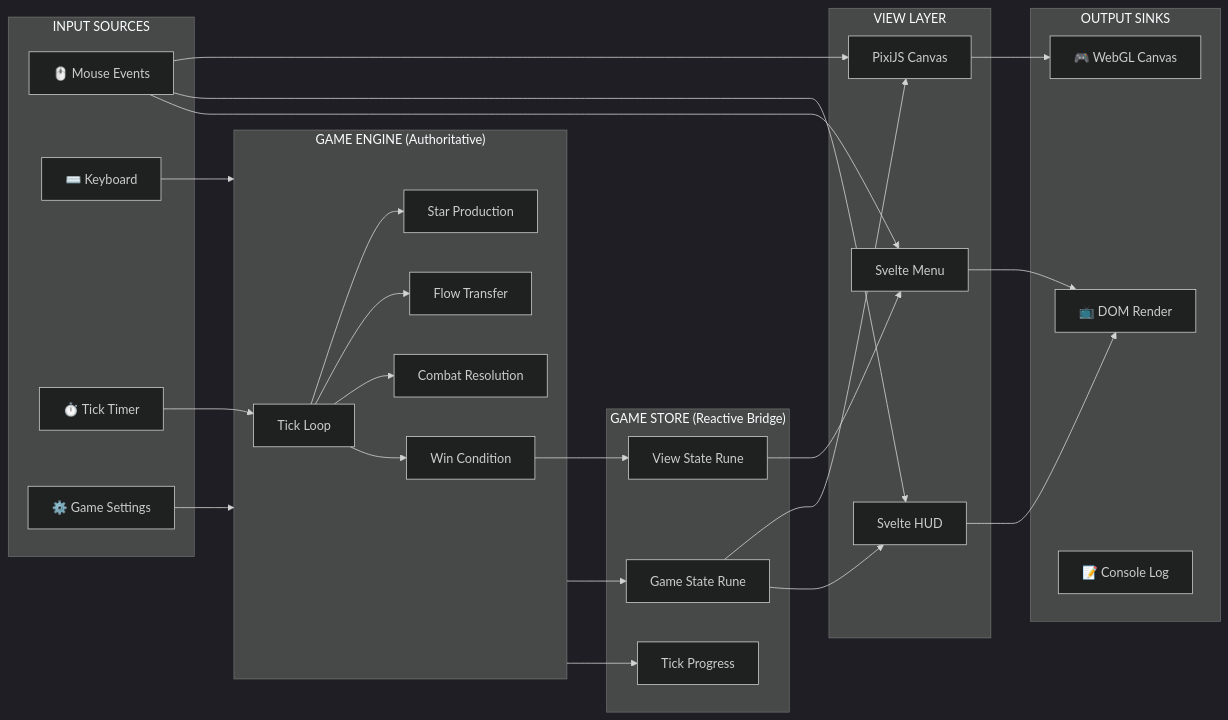
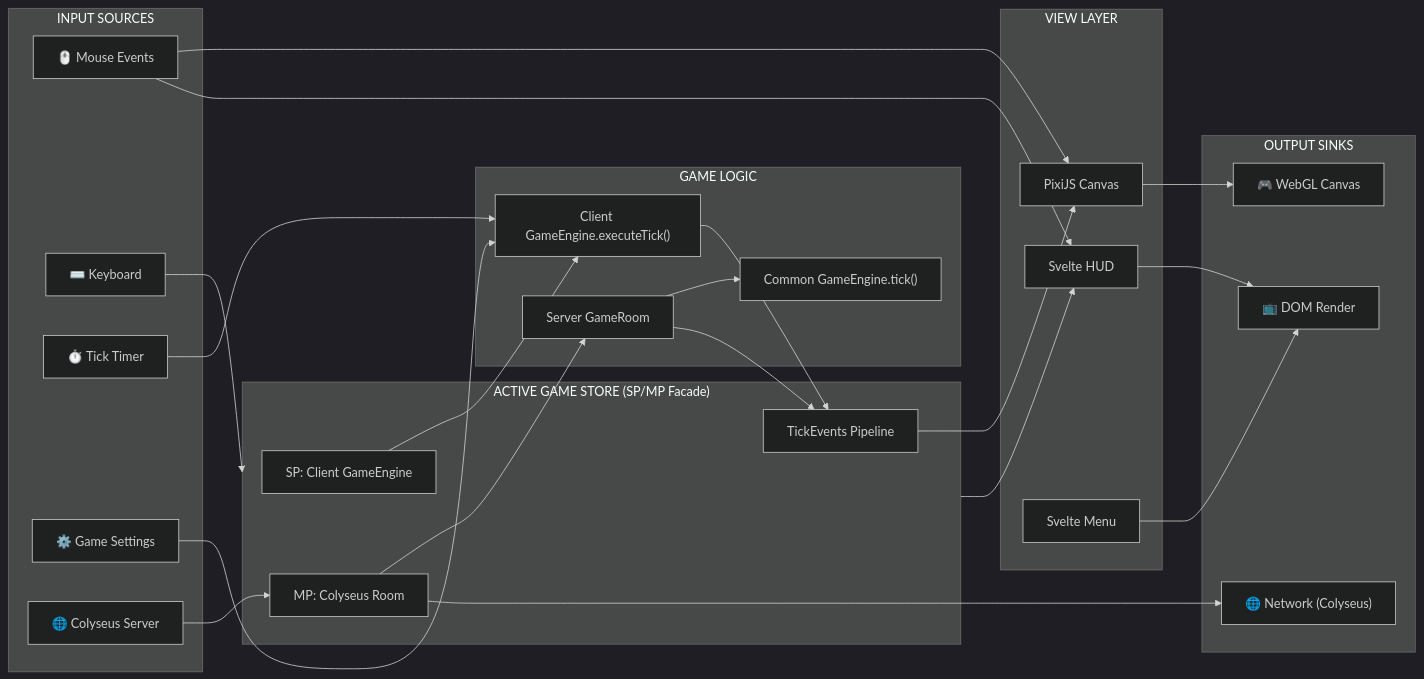
The diagram in .atlas/02_IO_REGISTRY.md (mikepeiman/pax-fluxia), drawn with Mermaid (dark theme) before and after one commit. The commit also changed other lines of this file and 2 other files, not shown here.

Commit message:
docs: complete Atlas update  IO_REGISTRY, EVENT_MATRIX, combat formula verified unified

````diff
--- a/.atlas/02_IO_REGISTRY.md
+++ b/.atlas/02_IO_REGISTRY.md
@@ -10,64 +10,61 @@
 ```mermaid
 flowchart LR
     subgraph Sources["INPUT SOURCES"]
         Mouse["🖱️ Mouse Events"]
         Keyboard["⌨️ Keyboard"]
         Timer["⏱️ Tick Timer"]
         Settings["⚙️ Game Settings"]
+        Colyseus["🌐 Colyseus Server"]
     end
 
-    subgraph Engine["GAME ENGINE (Authoritative)"]
-        TickLoop["Tick Loop"]
-        StarLogic["Star Production"]
-        FlowLogic["Flow Transfer"]
-        CombatLogic["Combat Resolution"]
-        WinCheck["Win Condition"]
+    subgraph Facade["ACTIVE GAME STORE (SP/MP Facade)"]
+        SPBranch["SP: Client GameEngine"]
+        MPBranch["MP: Colyseus Room"]
+        TickEvents["TickEvents Pipeline"]
     end
 
-    subgraph Store["GAME STORE (Reactive Bridge)"]
-        GameState["Game State Rune"]
-        ViewState["View State Rune"]
-        TickProgress["Tick Progress"]
+    subgraph Engine["GAME LOGIC"]
+        SharedEngine["Common GameEngine.tick()"]
+        ClientEngine["Client GameEngine.executeTick()"]
+        ServerRoom["Server GameRoom"]
     end
 
     subgraph View["VIEW LAYER"]
         PixiCanvas["PixiJS Canvas"]
         SvelteHUD["Svelte HUD"]
         SvelteMenu["Svelte Menu"]
     end
 
     subgraph Output["OUTPUT SINKS"]
         DOM["📺 DOM Render"]
         WebGL["🎮 WebGL Canvas"]
-        Console["📝 Console Log"]
+        Network["🌐 Network (Colyseus)"]
     end
 
     %% Input Flow
     Mouse --> PixiCanvas
     Mouse --> SvelteHUD
-    Mouse --> SvelteMenu
-    Keyboard --> Engine
-    Timer --> TickLoop
-    Settings --> Engine
+    Keyboard --> Facade
+    Timer --> ClientEngine
+    Settings --> ClientEngine
+    Colyseus --> MPBranch
 
-    %% Engine Processing
-    TickLoop --> StarLogic
-    TickLoop --> FlowLogic
-    TickLoop --> CombatLogic
-    TickLoop --> WinCheck
+    %% SP Path
+    SPBranch --> ClientEngine
+    ClientEngine --> TickEvents
 
-    %% Engine to Store
-    Engine --> GameState
-    Engine --> TickProgress
-    WinCheck --> ViewState
+    %% MP Path
+    MPBranch --> ServerRoom
+    ServerRoom --> SharedEngine
+    ServerRoom --> TickEvents
 
-    %% Store to View
-    GameState --> PixiCanvas
-    GameState --> SvelteHUD
-    ViewState --> SvelteMenu
+    %% TickEvents to View
+    TickEvents --> PixiCanvas
+    Facade --> SvelteHUD
 
     %% View to Output
     SvelteHUD --> DOM
     SvelteMenu --> DOM
     PixiCanvas --> WebGL
+    MPBranch --> Network
 ```
````
